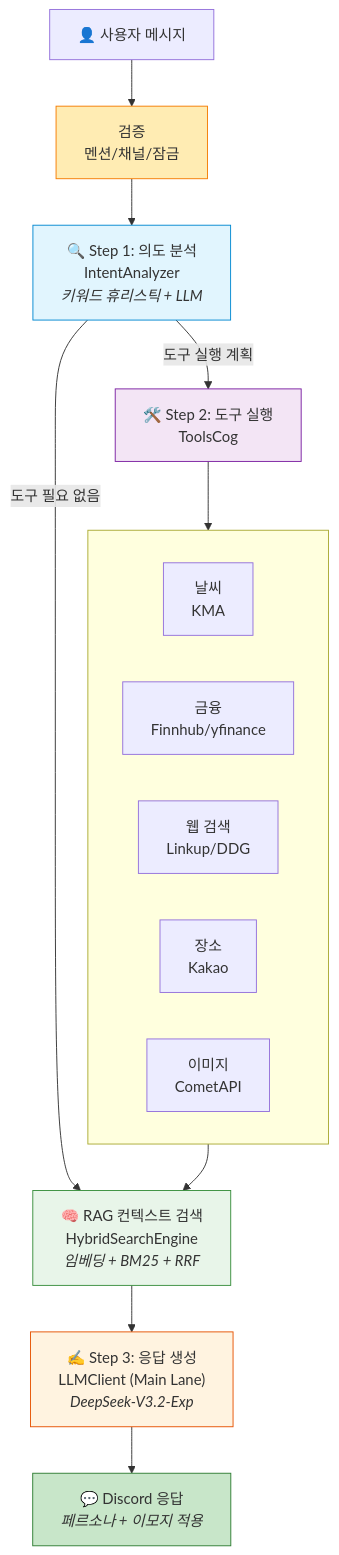
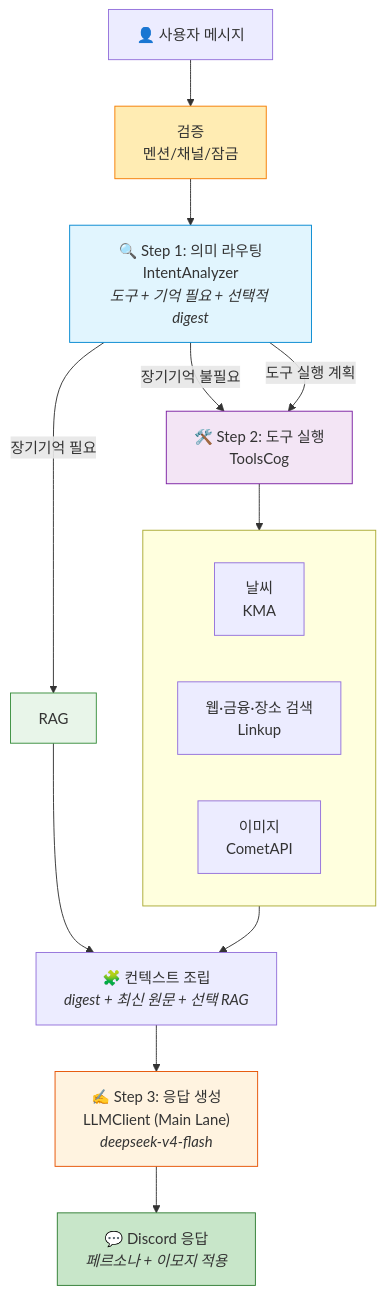
The second of 15 diagrams in docs/ARCHITECTURE.ko.md (kim0040/masamong), drawn with Mermaid before and after one commit. The commit also changed other lines of this file and 30 other files, not shown here.

````diff
--- a/docs/ARCHITECTURE.ko.md
+++ b/docs/ARCHITECTURE.ko.md
@@ -63,32 +63,32 @@
 ```mermaid
 flowchart TB
     Input["👤 사용자 메시지"] --> Valid[검증<br/>멘션/채널/잠금]
 
-    Valid --> Step1["🔍 Step 1: 의도 분석<br/>IntentAnalyzer<br/><i>키워드 휴리스틱 + LLM</i>"]
+    Valid --> Step1["🔍 Step 1: 의미 라우팅<br/>IntentAnalyzer<br/><i>도구 + 기억 필요 + 선택적 digest</i>"]
 
-    Step1 -->|"도구 필요 없음"| RAG
+    Step1 -->|"장기기억 필요"| RAG
+    Step1 -->|"장기기억 불필요"| Step2
     Step1 -->|"도구 실행 계획"| Step2["🛠️ Step 2: 도구 실행<br/>ToolsCog"]
 
     subgraph Step2Detail[" "]
         direction LR
         W["날씨<br/>KMA"]
-        F["금융<br/>Finnhub/yfinance"]
-        S["웹 검색<br/>Linkup/DDG"]
-        P["장소<br/>Kakao"]
+        S["웹·금융·장소 검색<br/>Linkup"]
         I["이미지<br/>CometAPI"]
     end
 
     Step2 --> Step2Detail
-    Step2Detail --> RAG["🧠 RAG 컨텍스트 검색<br/>HybridSearchEngine<br/><i>임베딩 + BM25 + RRF</i>"]
+    Step2Detail --> Merge["🧩 컨텍스트 조립<br/><i>digest + 최신 원문 + 선택 RAG</i>"]
+    RAG --> Merge
 
-    RAG --> Step3["✍️ Step 3: 응답 생성<br/>LLMClient (Main Lane)<br/><i>DeepSeek-V3.2-Exp</i>"]
+    Merge --> Step3["✍️ Step 3: 응답 생성<br/>LLMClient (Main Lane)<br/><i>deepseek-v4-flash</i>"]
 
     Step3 --> Output["💬 Discord 응답<br/><i>페르소나 + 이모지 적용</i>"]
 
     style Valid fill:#ffecb3,stroke:#f57c00
     style Step1 fill:#e1f5fe,stroke:#0288d1
     style Step2 fill:#f3e5f5,stroke:#7b1fa2
     style RAG fill:#e8f5e9,stroke:#388e3c
     style Step3 fill:#fff3e0,stroke:#e65100
     style Output fill:#c8e6c9,stroke:#2e7d32
 ```
````
